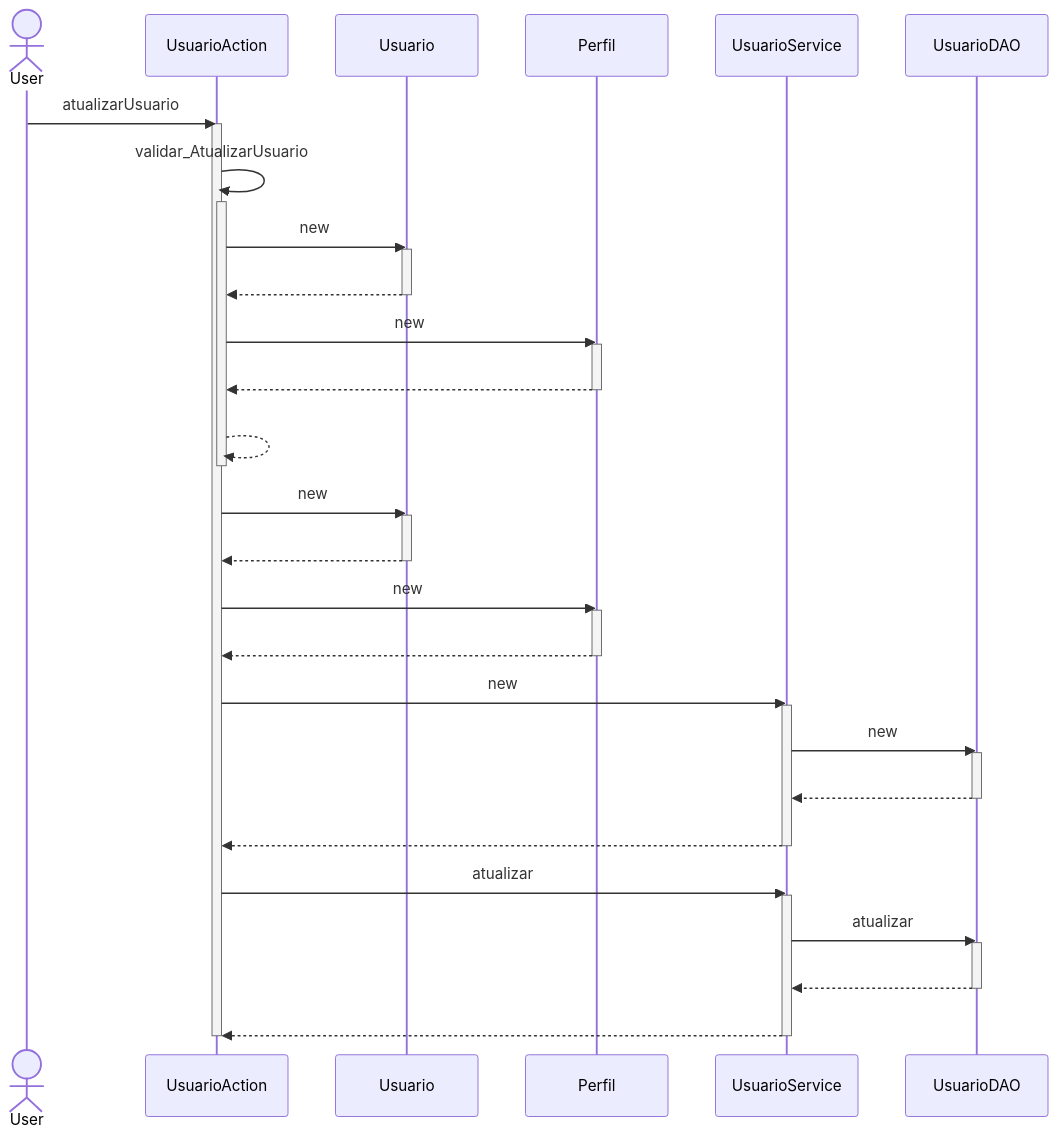
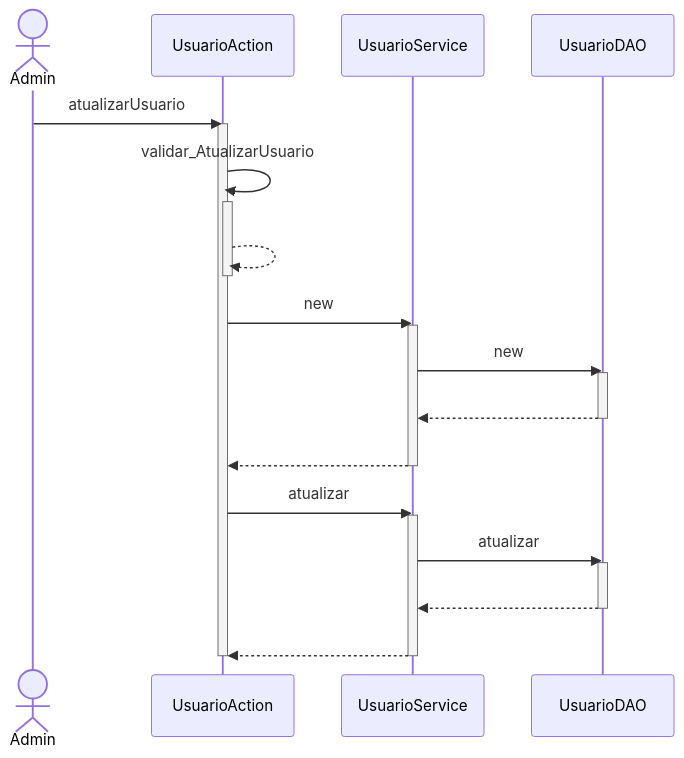
One commit to branqsMRP/SequenceDiagram changed the diagram in DiagramaSequencia/Novo Diagrama Sequencia/Usuario/Atualizar Usuario.mmd. Above: the diagram before and after it, drawn with Mermaid. The commit also changed 3 other files, not shown here.

```diff
--- a/DiagramaSequencia/Novo Diagrama Sequencia/Usuario/Atualizar Usuario.mmd
+++ b/DiagramaSequencia/Novo Diagrama Sequencia/Usuario/Atualizar Usuario.mmd
@@ -1,41 +1,25 @@
 sequenceDiagram
-actor User
-User ->> UsuarioAction : atualizarUsuario
+actor A as Admin
+A ->> UsuarioAction : atualizarUsuario
 activate UsuarioAction
 UsuarioAction ->> UsuarioAction : validar_AtualizarUsuario
 activate UsuarioAction
-UsuarioAction ->> Usuario : new
-activate Usuario
-Usuario -->> UsuarioAction : #32; 
-deactivate Usuario
-UsuarioAction ->> Perfil : new
-activate Perfil
-Perfil -->> UsuarioAction : #32; 
-deactivate Perfil
 UsuarioAction -->> UsuarioAction : #32; 
 deactivate UsuarioAction
-UsuarioAction ->> Usuario : new
-activate Usuario
-Usuario -->> UsuarioAction : #32; 
-deactivate Usuario
-UsuarioAction ->> Perfil : new
-activate Perfil
-Perfil -->> UsuarioAction : #32; 
-deactivate Perfil
 UsuarioAction ->> UsuarioService : new
 activate UsuarioService
 UsuarioService ->> UsuarioDAO : new
 activate UsuarioDAO
 UsuarioDAO -->> UsuarioService : #32; 
 deactivate UsuarioDAO
 UsuarioService -->> UsuarioAction : #32; 
 deactivate UsuarioService
 UsuarioAction ->> UsuarioService : atualizar
 activate UsuarioService
 UsuarioService ->> UsuarioDAO : atualizar
 activate UsuarioDAO
 UsuarioDAO -->> UsuarioService : #32; 
 deactivate UsuarioDAO
 UsuarioService -->> UsuarioAction : #32; 
 deactivate UsuarioService
 deactivate UsuarioAction
```
